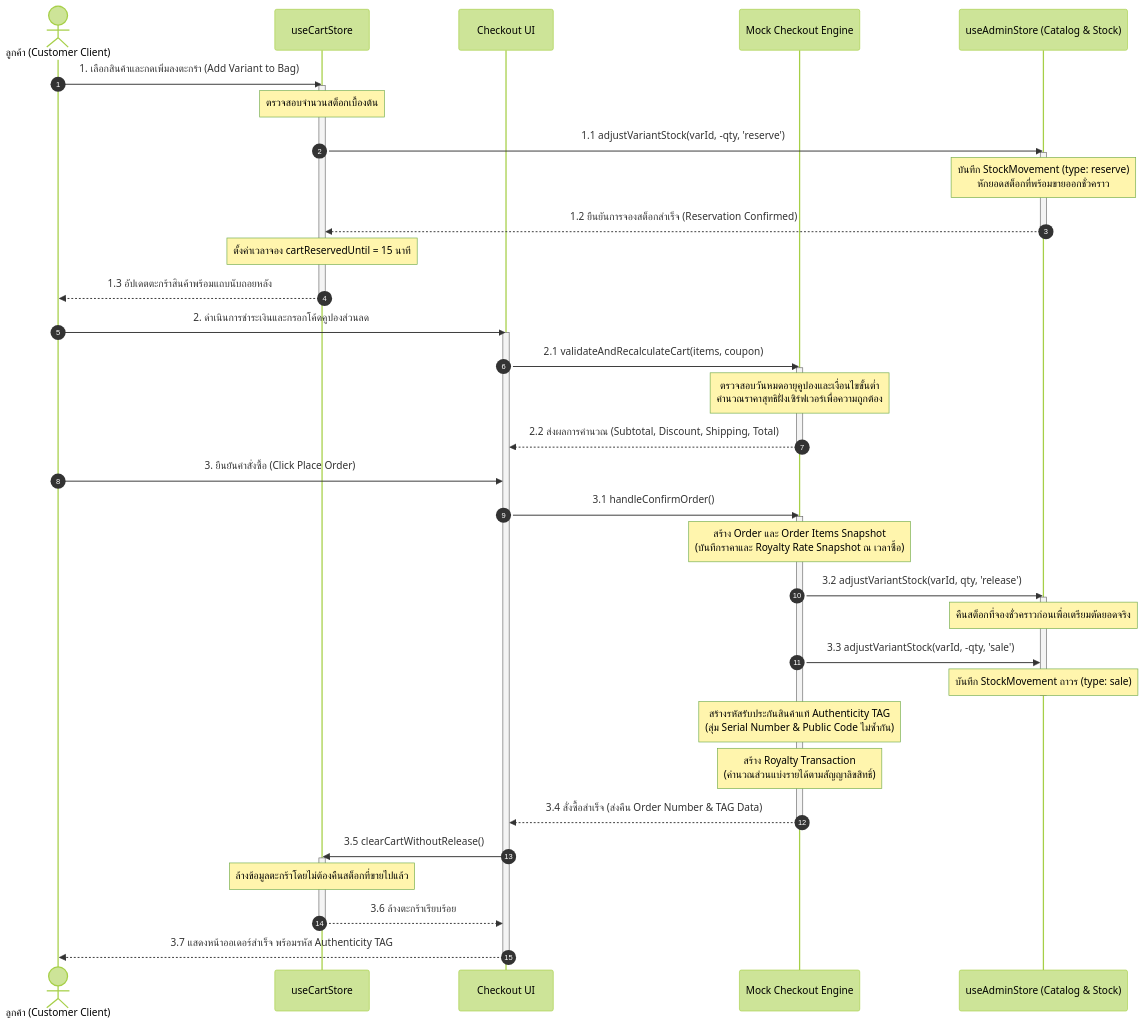
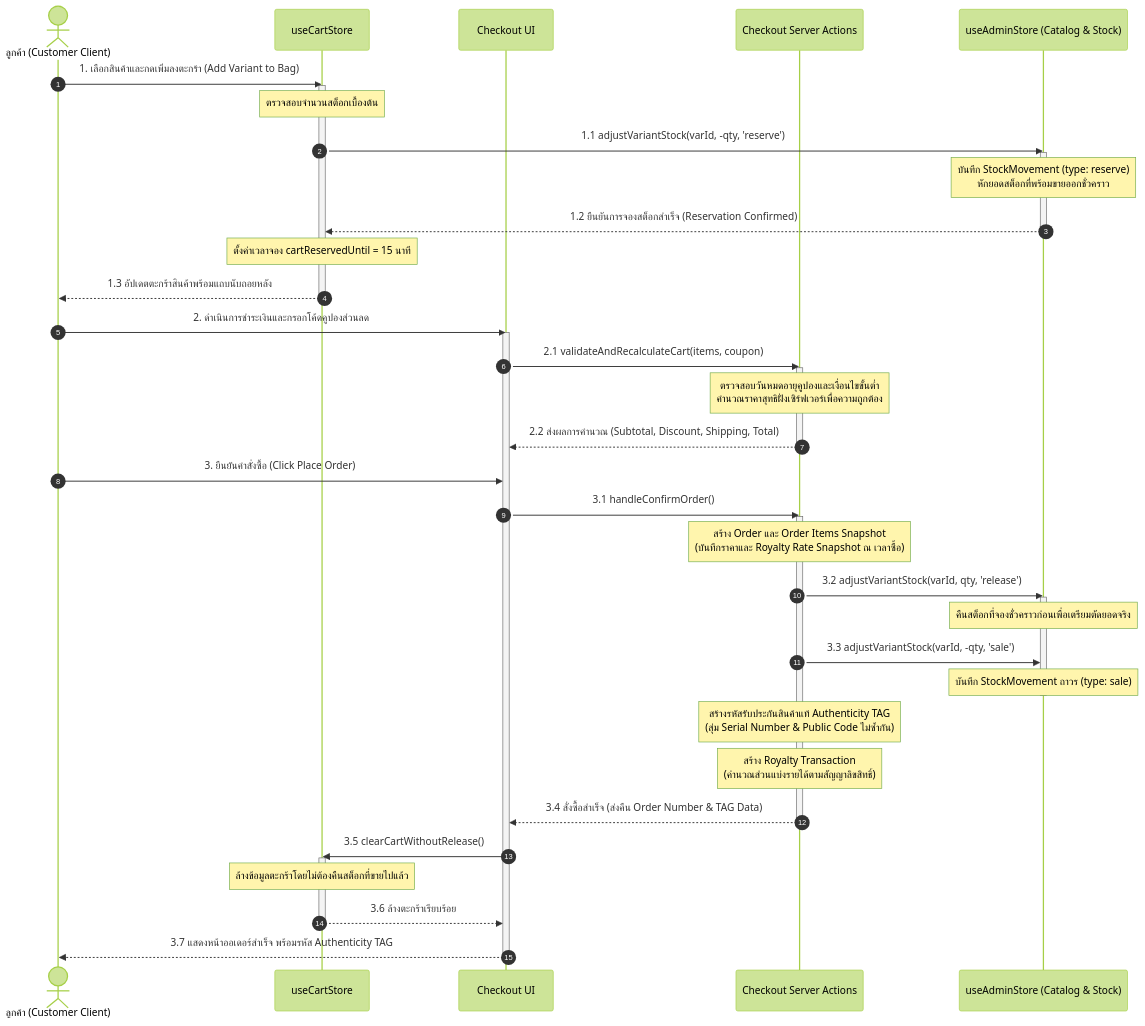
Before and after one commit to PondTHK/AllThingsMerch: the fourth of 5 diagrams in README.md, drawn with Mermaid (forest theme).

Commit message:
docs: Rename Mock Checkout Engine to Checkout Server Actions in sequence diagram

````diff
--- a/README.md
+++ b/README.md
@@ -656,54 +656,54 @@
 ```mermaid
 sequenceDiagram
     autonumber
     actor Customer as ลูกค้า (Customer Client)
     participant Cart as useCartStore
     participant Checkout as Checkout UI
-    participant Server as Mock Checkout Engine
+    participant Server as Checkout Server Actions
     participant Admin as useAdminStore (Catalog & Stock)
 
     %% 1. Cart Add and Stock Reservation
     Customer->>Cart: 1. เลือกสินค้าและกดเพิ่มลงตะกร้า (Add Variant to Bag)
     activate Cart
     Note over Cart: ตรวจสอบจำนวนสต็อกเบื้องต้น
     Cart->>Admin: 1.1 adjustVariantStock(varId, -qty, 'reserve')
     activate Admin
     Note over Admin: บันทึก StockMovement (type: reserve)<br/>หักยอดสต็อกที่พร้อมขายออกชั่วคราว
     Admin-->>Cart: 1.2 ยืนยันการจองสต็อกสำเร็จ (Reservation Confirmed)
     deactivate Admin
     Note over Cart: ตั้งค่าเวลาจอง cartReservedUntil = 15 นาที
     Cart-->>Customer: 1.3 อัปเดตตะกร้าสินค้าพร้อมแถบนับถอยหลัง
     deactivate Cart
 
     %% 2. Checkout & Validation
     Customer->>Checkout: 2. ดำเนินการชำระเงินและกรอกโค้ดคูปองส่วนลด
     activate Checkout
     Checkout->>Server: 2.1 validateAndRecalculateCart(items, coupon)
     activate Server
     Note over Server: ตรวจสอบวันหมดอายุคูปองและเงื่อนไขขั้นต่ำ<br/>คำนวณราคาสุทธิฝั่งเซิร์ฟเวอร์เพื่อความถูกต้อง
     Server-->>Checkout: 2.2 ส่งผลการคำนวณ (Subtotal, Discount, Shipping, Total)
     deactivate Server
 
     %% 3. Confirm Order & Fulfillment
     Customer->>Checkout: 3. ยืนยันคำสั่งซื้อ (Click Place Order)
     Checkout->>Server: 3.1 handleConfirmOrder()
     activate Server
     Note over Server: สร้าง Order และ Order Items Snapshot<br/>(บันทึกราคาและ Royalty Rate Snapshot ณ เวลาซื้อ)
     Server->>Admin: 3.2 adjustVariantStock(varId, qty, 'release')
     activate Admin
     Note over Admin: คืนสต็อกที่จองชั่วคราวก่อนเพื่อเตรียมตัดยอดจริง
     Server->>Admin: 3.3 adjustVariantStock(varId, -qty, 'sale')
     Note over Admin: บันทึก StockMovement ถาวร (type: sale)
     deactivate Admin
     Note over Server: สร้างรหัสรับประกันสินค้าแท้ Authenticity TAG<br/>(สุ่ม Serial Number & Public Code ไม่ซ้ำกัน)
     Note over Server: สร้าง Royalty Transaction<br/>(คำนวณส่วนแบ่งรายได้ตามสัญญาลิขสิทธิ์)
     Server-->>Checkout: 3.4 สั่งซื้อสำเร็จ (ส่งคืน Order Number & TAG Data)
     deactivate Server
     Checkout->>Cart: 3.5 clearCartWithoutRelease()
     activate Cart
     Note over Cart: ล้างข้อมูลตะกร้าโดยไม่ต้องคืนสต็อกที่ขายไปแล้ว
     Cart-->>Checkout: 3.6 ล้างตะกร้าเรียบร้อย
     deactivate Cart
     Checkout-->>Customer: 3.7 แสดงหน้าออเดอร์สำเร็จ พร้อมรหัส Authenticity TAG
     deactivate Checkout
 ```
````
